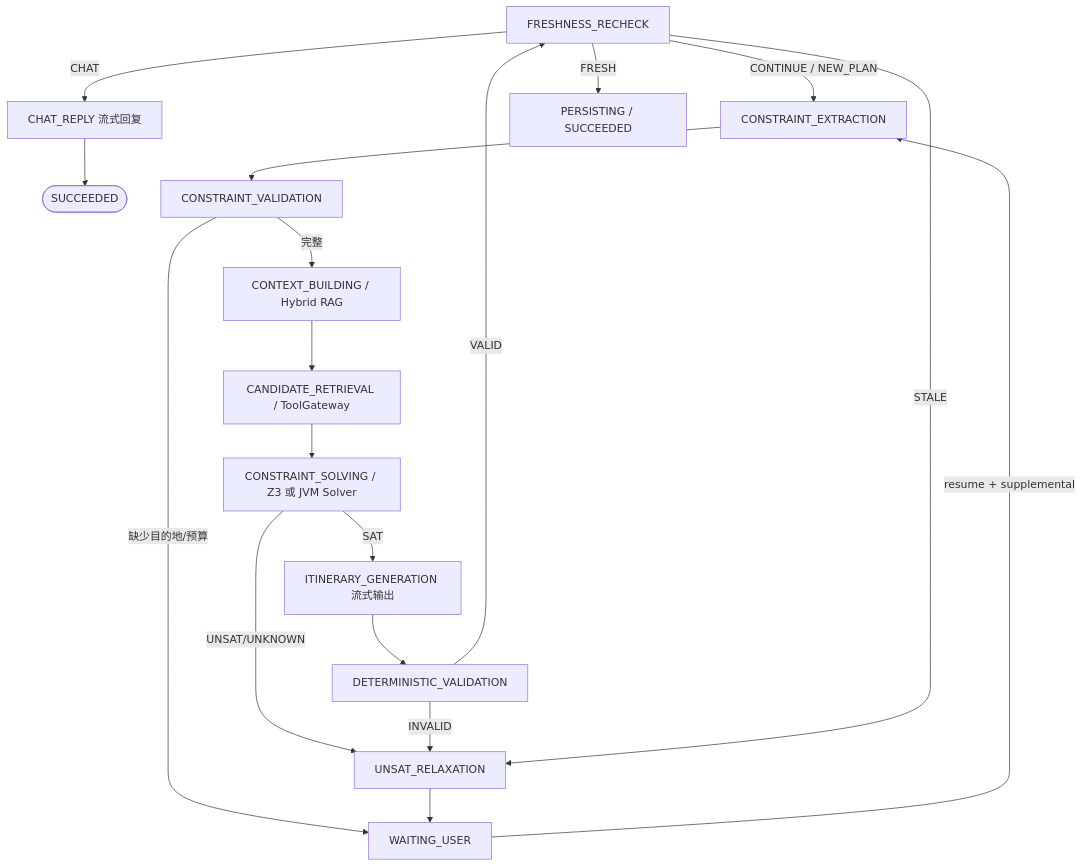
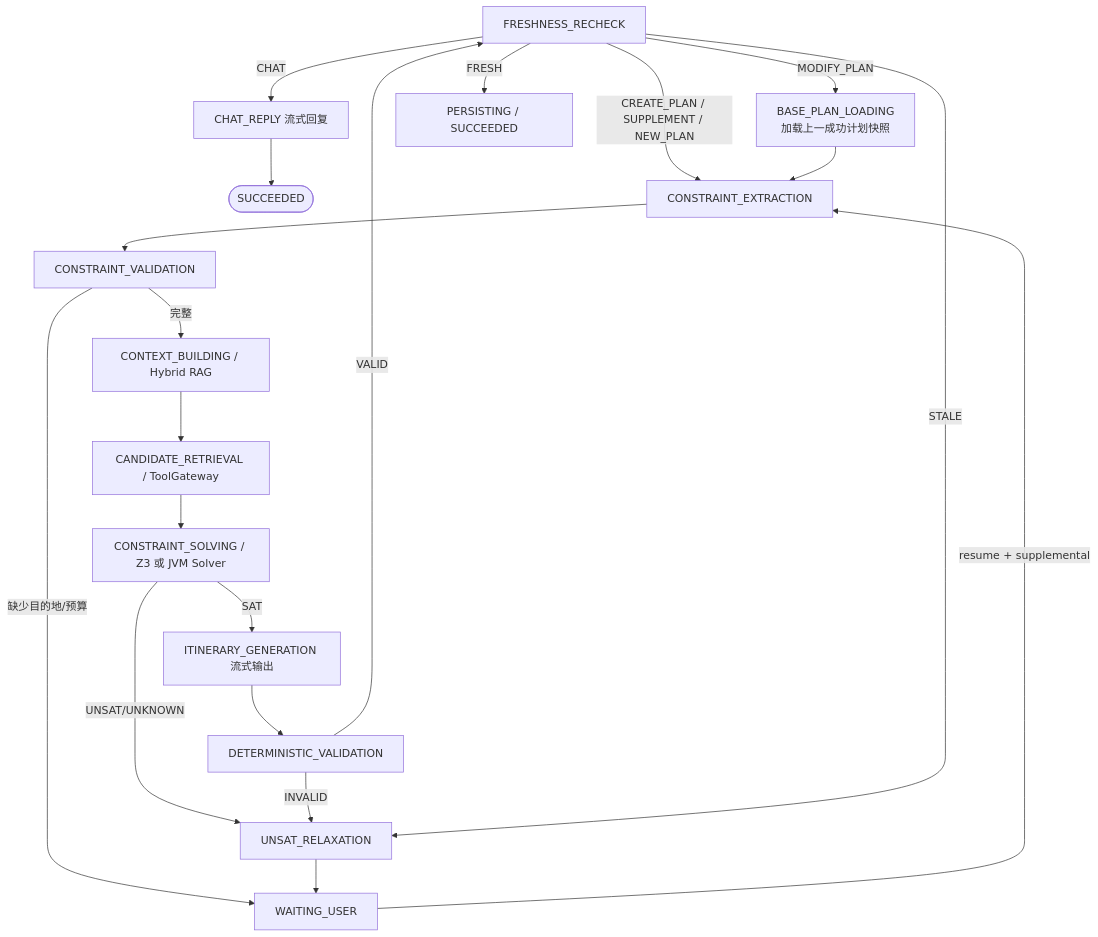
One commit to 37517968/TravelMind-AI changed the diagram in docs/architecture/PHASE-2-ASYNC-HARNESS.md. Above: the diagram before and after it, drawn with Mermaid. The commit also changed other lines of this file and 15 other files, not shown here.

````diff
--- a/docs/architecture/PHASE-2-ASYNC-HARNESS.md
+++ b/docs/architecture/PHASE-2-ASYNC-HARNESS.md
@@ -24,19 +24,21 @@
 ```mermaid
 flowchart TD
     I[INTENT_ROUTING\nLLM 意图判定] -->|CHAT| K[CHAT_REPLY 流式回复] --> Z([SUCCEEDED])
-    I -->|CONTINUE / NEW_PLAN| A[CONSTRAINT_EXTRACTION]
+    I -->|CREATE_PLAN / SUPPLEMENT / NEW_PLAN| A[CONSTRAINT_EXTRACTION]
+    I -->|MODIFY_PLAN| L[BASE_PLAN_LOADING\n加载上一成功计划快照]
+    L --> A
     A --> B[CONSTRAINT_VALIDATION]
     B -->|缺少目的地/预算| W[WAITING_USER]
     W -->|resume + supplemental| A
     B -->|完整| C[CONTEXT_BUILDING / Hybrid RAG]
     C --> D[CANDIDATE_RETRIEVAL / ToolGateway]
     D --> E[CONSTRAINT_SOLVING / Z3 或 JVM Solver]
     E -->|UNSAT/UNKNOWN| F[UNSAT_RELAXATION]
     F --> W
     E -->|SAT| G[ITINERARY_GENERATION 流式输出]
     G --> H[DETERMINISTIC_VALIDATION]
     H -->|INVALID| F
     H -->|VALID| I[FRESHNESS_RECHECK]
     I -->|STALE| F
     I -->|FRESH| J[PERSISTING / SUCCEEDED]
 ```
````
